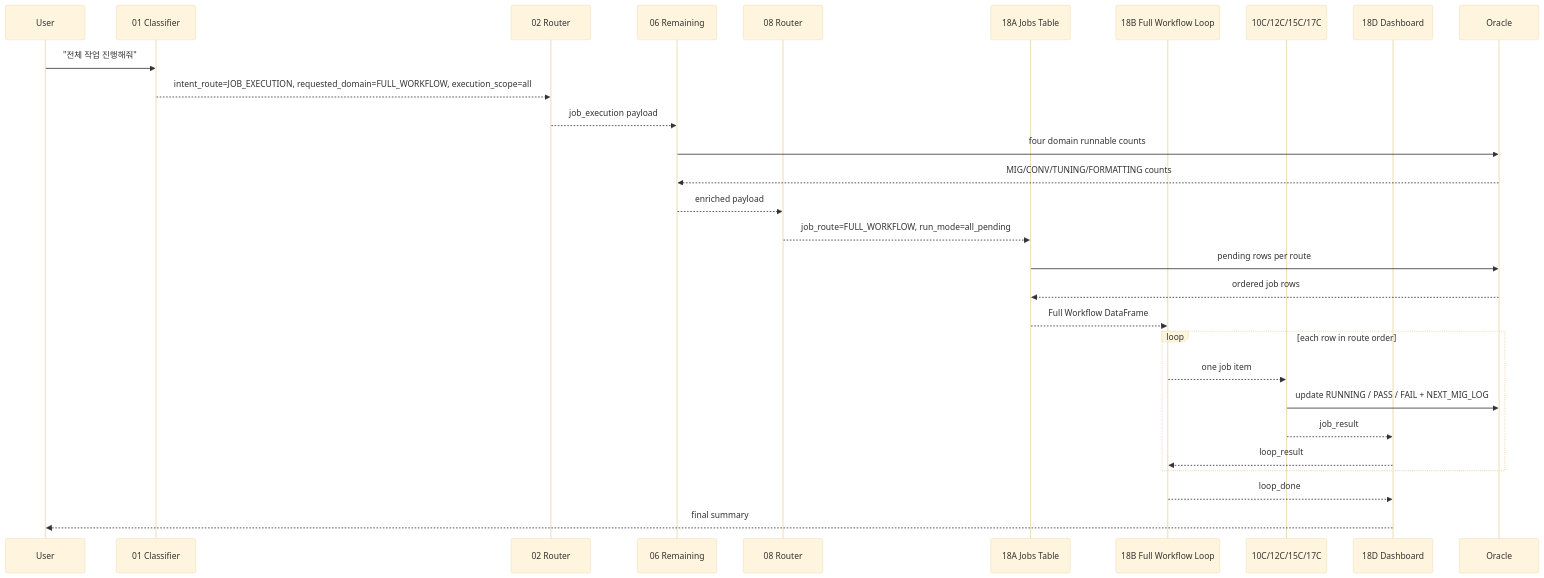
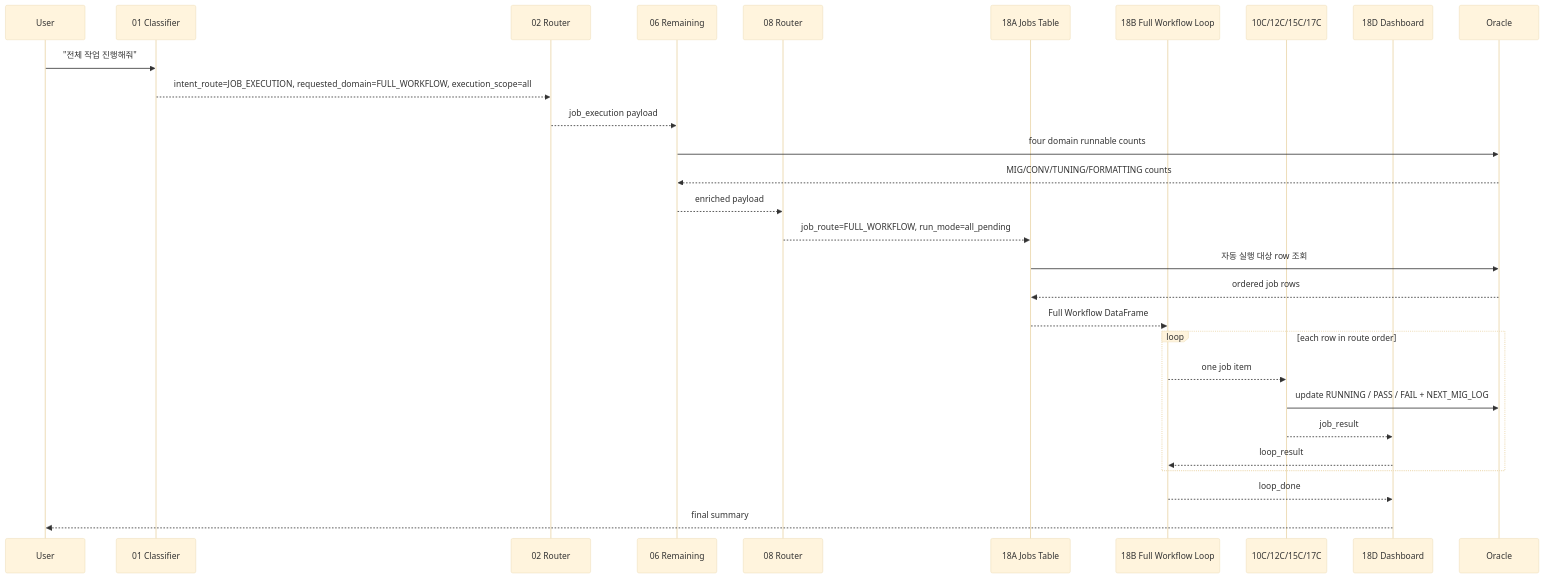
Before and after one commit to seongikjin227-jpg/refactoring_smartMigrate: the second of 4 diagrams in smartMigrate_2.0_Langflow/00_guide/00_architecture_chapter3_job_execution.md, drawn with Mermaid (base theme). The commit also changed other lines of this file and 27 other files, not shown here.

````diff
--- a/smartMigrate_2.0_Langflow/00_guide/00_architecture_chapter3_job_execution.md
+++ b/smartMigrate_2.0_Langflow/00_guide/00_architecture_chapter3_job_execution.md
@@ -124,32 +124,32 @@
 ```mermaid
 sequenceDiagram
     participant User
     participant C01 as 01 Classifier
     participant R02 as 02 Router
     participant G06 as 06 Remaining
     participant R08 as 08 Router
     participant A18 as 18A Jobs Table
     participant B18 as 18B Full Workflow Loop
     participant Exec as 10C/12C/15C/17C
     participant D18 as 18D Dashboard
     participant DB as Oracle
 
     User->>C01: "전체 작업 진행해줘"
     C01-->>R02: intent_route=JOB_EXECUTION, requested_domain=FULL_WORKFLOW, execution_scope=all
     R02-->>G06: job_execution payload
     G06->>DB: four domain runnable counts
     DB-->>G06: MIG/CONV/TUNING/FORMATTING counts
     G06-->>R08: enriched payload
     R08-->>A18: job_route=FULL_WORKFLOW, run_mode=all_pending
-    A18->>DB: pending rows per route
+    A18->>DB: 자동 실행 대상 row 조회
     DB-->>A18: ordered job rows
     A18-->>B18: Full Workflow DataFrame
     loop each row in route order
         B18-->>Exec: one job item
         Exec->>DB: update RUNNING / PASS / FAIL + NEXT_MIG_LOG
         Exec-->>D18: job_result
         D18-->>B18: loop_result
     end
     B18-->>D18: loop_done
     D18-->>User: final summary
 ```
````
